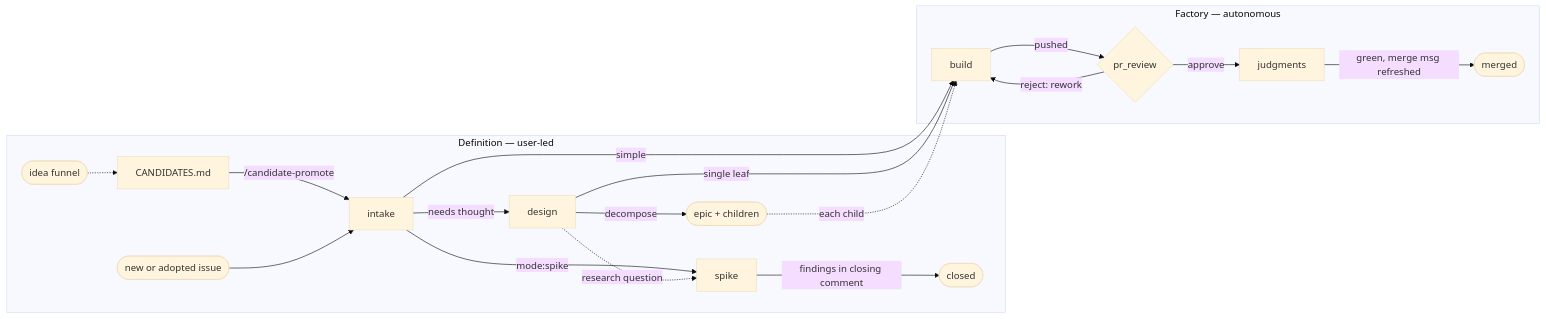
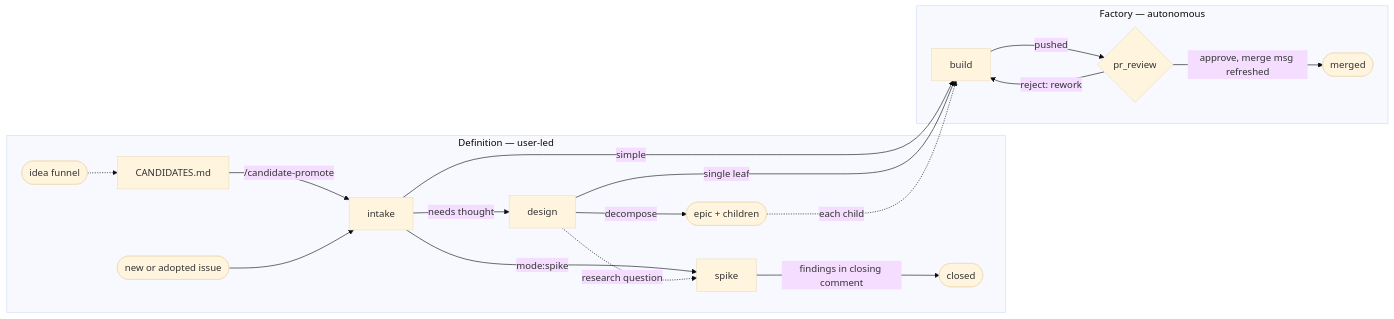
Before and after one commit to GeoffNordling/dev-playbook: the diagram in software-factory/software-factory.md, drawn with Mermaid (base theme). The commit also changed other lines of this file and 46 other files, not shown here.

````diff
--- a/software-factory/software-factory.md
+++ b/software-factory/software-factory.md
@@ -34,24 +34,23 @@
 ```mermaid
 flowchart LR
     subgraph definition[Definition — user-led]
         ideas([idea funnel]) -.-> cand[CANDIDATES.md]
         cand -->|/candidate-promote| intake[intake]
         stub([new or adopted issue]) --> intake
         intake -->|needs thought| design[design]
         intake -->|mode:spike| spike[spike]
         design -.->|research question| spike
         design -->|decompose| epic([epic + children])
         spike -->|findings in closing comment| closed([closed])
     end
 
     subgraph factory[Factory — autonomous]
         build[build] -->|pushed| pr_review{pr_review}
         pr_review -->|reject: rework| build
-        pr_review -->|approve| judgments[judgments]
-        judgments -->|green, merge msg refreshed| done([merged])
+        pr_review -->|approve, merge msg refreshed| done([merged])
     end
 
     intake -->|simple| build
     design -->|single leaf| build
     epic -.->|each child| build
 ```
````
